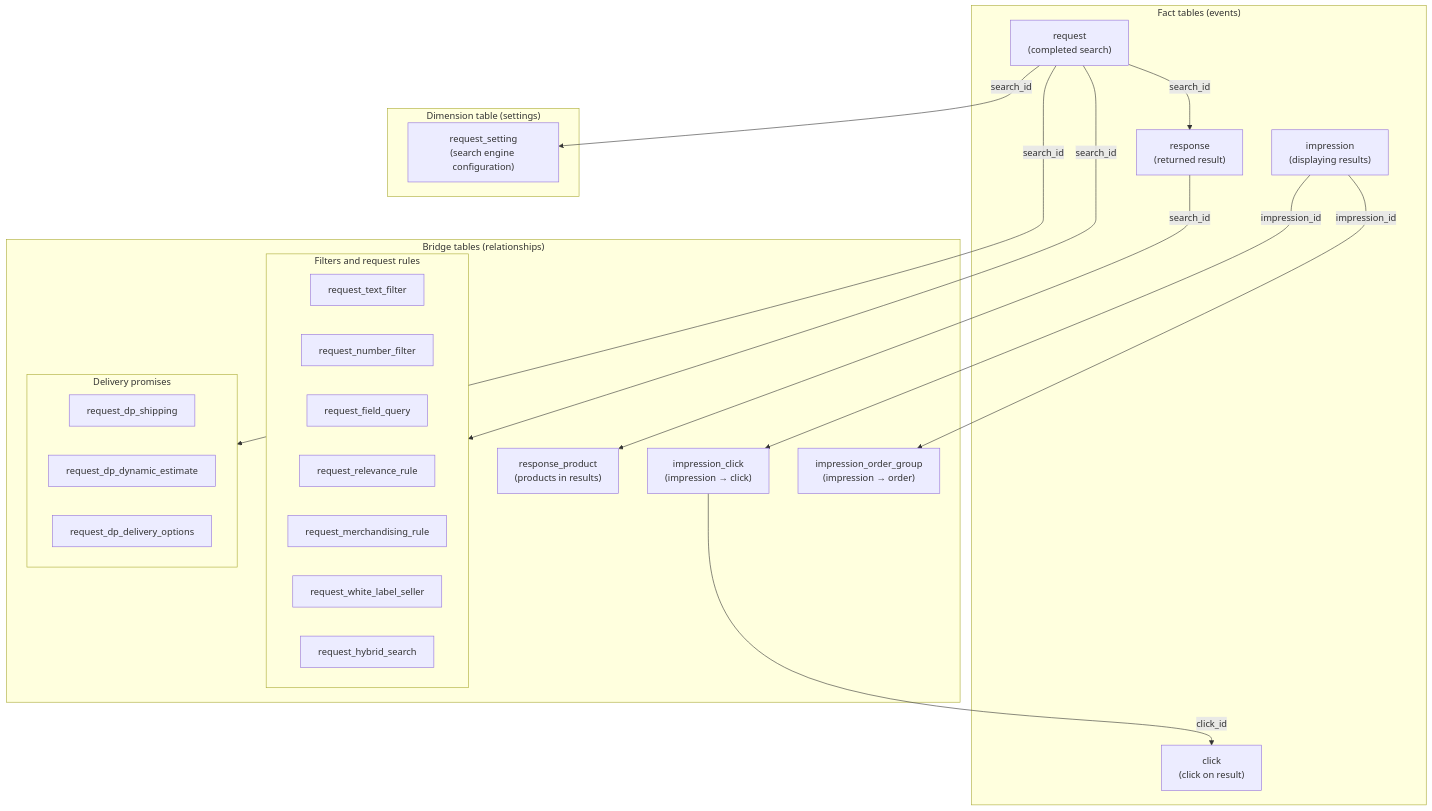
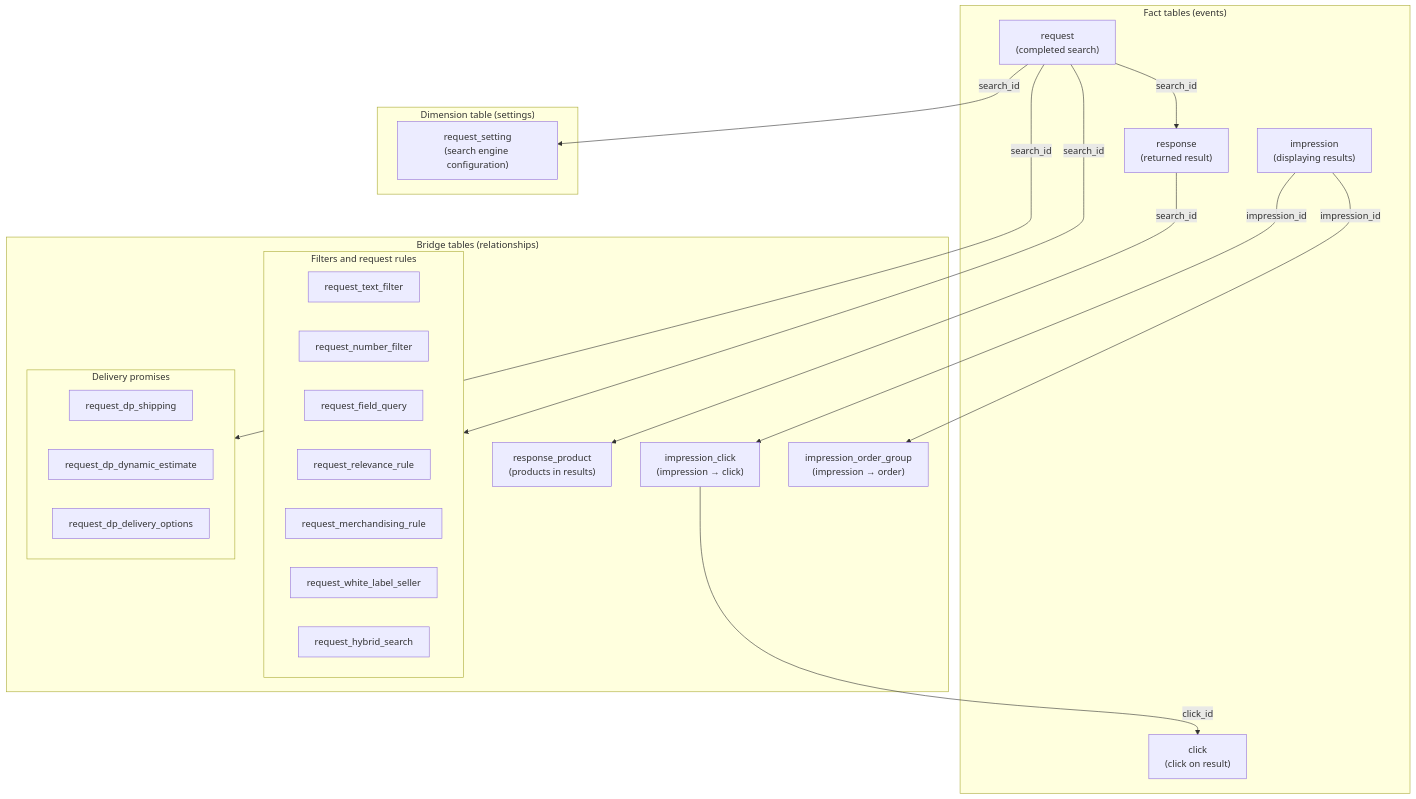
Before and after one commit to vtexdocs/help-center-content: the first of 4 diagrams in docs/en/tutorials/beta/vtex-data-pipeline-beta/search-and-recomendations-data-pipeline.md, drawn with Mermaid. The commit also changed other lines of this file and 5 other files, not shown here.

````diff
--- a/docs/en/tutorials/beta/vtex-data-pipeline-beta/search-and-recomendations-data-pipeline.md
+++ b/docs/en/tutorials/beta/vtex-data-pipeline-beta/search-and-recomendations-data-pipeline.md
@@ -57,44 +57,45 @@
 ```mermaid
+%%{init: {'flowchart': {'htmlLabels': true, 'useMaxWidth': false, 'wrappingWidth': 220, 'padding': 14}}}%%
 flowchart TB
     subgraph FACT["Fact tables (events)"]
-        tbl_request["request\n(completed search)"]
-        tbl_response["response\n(returned result)"]
-        tbl_click["click\n(click on result)"]
-        tbl_impression["impression\n(displaying results)"]
+        tbl_request["request<br/>(completed search)"]
+        tbl_response["response<br/>(returned result)"]
+        tbl_click["click<br/>(click on result)"]
+        tbl_impression["impression<br/>(displaying results)"]
     end
 
     subgraph BRIDGE["Bridge tables (relationships)"]
-        tbl_response_product["response_product\n(products in results)"]
-        tbl_impression_click["impression_click\n(impression → click)"]
-        tbl_impression_order_group["impression_order_group\n(impression → order)"]
+        tbl_response_product["response_product<br/>(products in results)"]
+        tbl_impression_click["impression_click<br/>(impression → click)"]
+        tbl_impression_order_group["impression_order_group<br/>(impression → order)"]
 
         subgraph FILTERS["Filters and request rules"]
             tbl_text_filter["request_text_filter"]
             tbl_number_filter["request_number_filter"]
             tbl_field_query["request_field_query"]
             tbl_relevance_rule["request_relevance_rule"]
             tbl_merchandising_rule["request_merchandising_rule"]
             tbl_white_label_seller["request_white_label_seller"]
             tbl_hybrid_search["request_hybrid_search"]
         end
 
         subgraph DP["Delivery promises"]
             tbl_dp_shipping["request_dp_shipping"]
             tbl_dp_dynamic_estimate["request_dp_dynamic_estimate"]
             tbl_dp_delivery_options["request_dp_delivery_options"]
         end
     end
 
     subgraph DIMENSION["Dimension table (settings)"]
-        tbl_request_setting["request_setting\n(search engine configuration)"]
+        tbl_request_setting["request_setting<br/>(search engine configuration)"]
     end
 
     tbl_request -->|search_id| tbl_response
     tbl_response -->|search_id| tbl_response_product
     tbl_impression -->|impression_id| tbl_impression_click
     tbl_impression_click -->|click_id| tbl_click
     tbl_impression -->|impression_id| tbl_impression_order_group
     tbl_request -->|search_id| tbl_request_setting
     tbl_request -->|search_id| FILTERS
     tbl_request -->|search_id| DP
 ```
````
